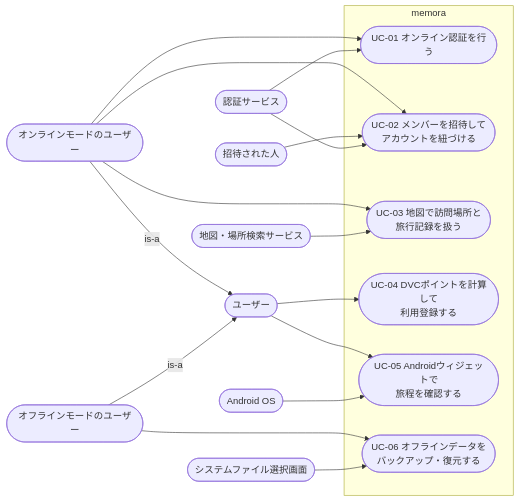
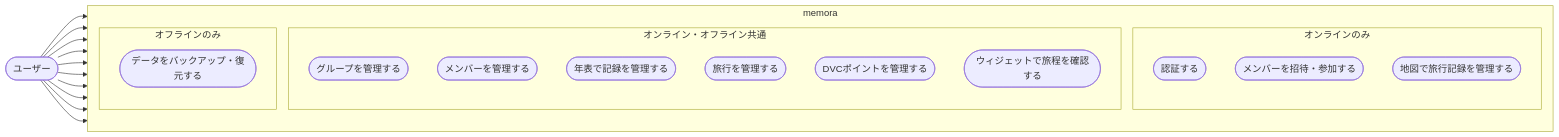
The diagram in docs/usecase_diagram.md (taka-016/memora), drawn with Mermaid before and after one commit. The commit also changed other lines of this file, not shown here.

Commit message:
docs: ユースケース図を簡略化

````diff
--- a/docs/usecase_diagram.md
+++ b/docs/usecase_diagram.md
@@ -36,36 +5,38 @@
 ```mermaid
 graph LR
     User([ユーザー])
-    OnlineUser([オンラインモードのユーザー])
-    OfflineUser([オフラインモードのユーザー])
-    InvitedPerson([招待された人])
-    AuthService([認証サービス])
-    MapService([地図・場所検索サービス])
-    Android([Android OS])
-    FileProvider([システムファイル選択画面])
-
-    OnlineUser -->|is-a| User
-    OfflineUser -->|is-a| User
 
     subgraph memora
-        UC01([UC-01 オンライン認証を行う])
-        UC02([UC-02 メンバーを招待して<br/>アカウントを紐づける])
-        UC03([UC-03 地図で訪問場所と<br/>旅行記録を扱う])
-        UC04([UC-04 DVCポイントを計算して<br/>利用登録する])
-        UC05([UC-05 Androidウィジェットで<br/>旅程を確認する])
-        UC06([UC-06 オフラインデータを<br/>バックアップ・復元する])
+        direction TB
+
+        subgraph Online[オンラインのみ]
+            Auth([認証する])
+            Invite([メンバーを招待・参加する])
+            Map([地図で旅行記録を管理する])
+        end
+
+        subgraph Common[オンライン・オフライン共通]
+            Group([グループを管理する])
+            Member([メンバーを管理する])
+            Timeline([年表で記録を管理する])
+            Trip([旅行を管理する])
+            Dvc([DVCポイントを管理する])
+            Widget([ウィジェットで旅程を確認する])
+        end
+
+        subgraph Offline[オフラインのみ]
+            Backup([データをバックアップ・復元する])
+        end
     end
 
-    OnlineUser --> UC01
-    AuthService --> UC01
-    OnlineUser --> UC02
-    InvitedPerson --> UC02
-    AuthService --> UC02
-    OnlineUser --> UC03
-    MapService --> UC03
-    User --> UC04
-    User --> UC05
-    Android --> UC05
-    OfflineUser --> UC06
-    FileProvider --> UC06
+    User --> Auth
+    User --> Invite
+    User --> Map
+    User --> Group
+    User --> Member
+    User --> Timeline
+    User --> Trip
+    User --> Dvc
+    User --> Widget
+    User --> Backup
 ```
````
